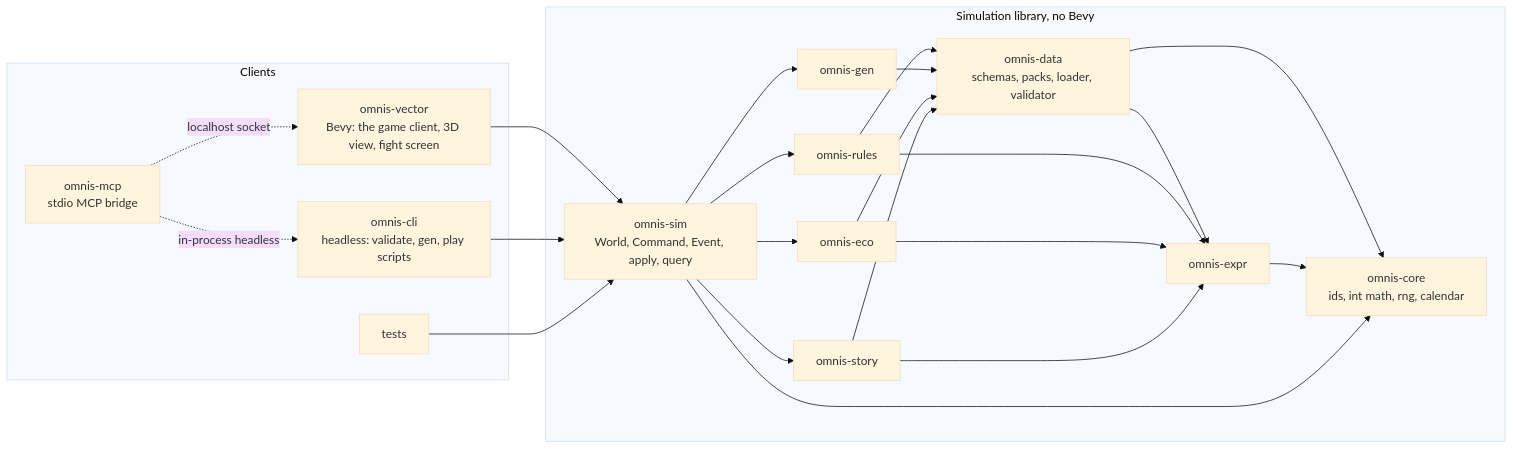
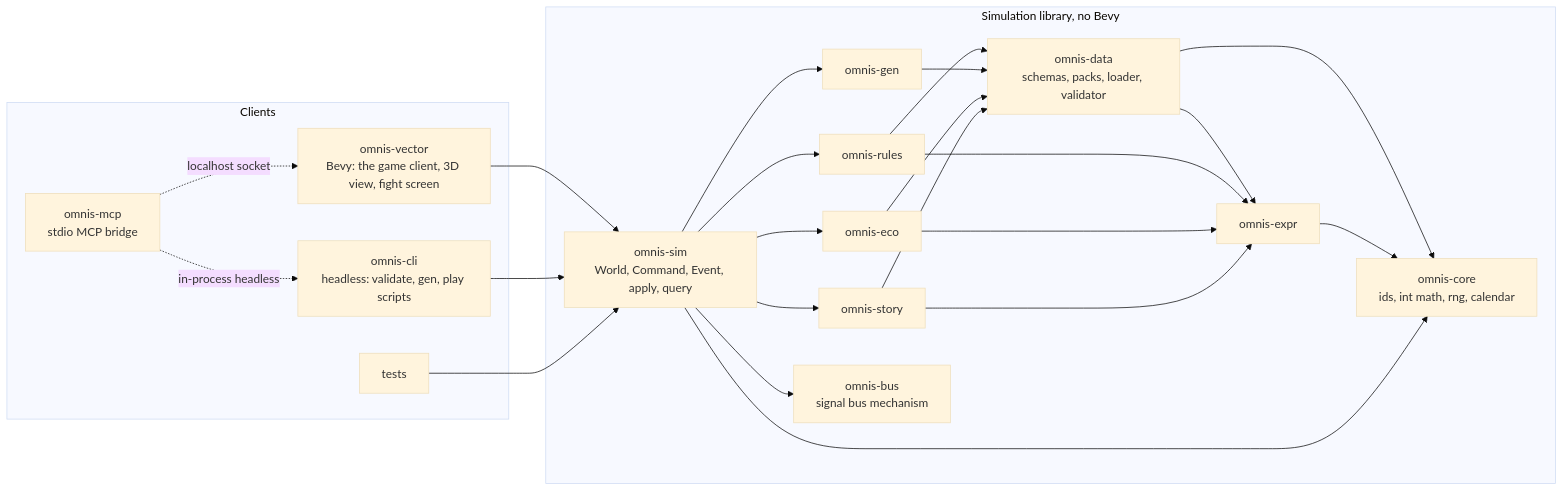
One commit to gatewaynode/omnis changed the first of 2 diagrams in ARCHITECTURE.md. Above: the diagram before and after it, drawn with Mermaid (base theme). The commit also changed other lines of this file and 2 other files, not shown here.

First line of the commit message:
ARCHITECTURE.md brought to the code as built; the sim lint fails closed on a Bevy edge

````diff
--- a/ARCHITECTURE.md
+++ b/ARCHITECTURE.md
@@ -28,29 +28,31 @@
 ```mermaid
 flowchart LR
   subgraph clients [Clients]
     VEC[omnis-vector<br/>Bevy: the game client, 3D view, fight screen]
     CLI[omnis-cli<br/>headless: validate, gen, play scripts]
     MCP[omnis-mcp<br/>stdio MCP bridge]
     TEST[tests]
   end
   subgraph sim [Simulation library, no Bevy]
     SIM[omnis-sim<br/>World, Command, Event, apply, query]
     RULES[omnis-rules]
     GEN[omnis-gen]
     ECO[omnis-eco]
     STORY[omnis-story]
     DATA[omnis-data<br/>schemas, packs, loader, validator]
     EXPR[omnis-expr]
+    BUS[omnis-bus<br/>signal bus mechanism]
     CORE[omnis-core<br/>ids, int math, rng, calendar]
   end
   VEC --> SIM
   CLI --> SIM
   TEST --> SIM
   MCP -. localhost socket .-> VEC
   MCP -. in-process headless .-> CLI
+  SIM --> BUS
   SIM --> RULES & GEN & ECO & STORY
   RULES & GEN & ECO & STORY --> DATA
   DATA --> EXPR
   RULES & ECO & STORY --> EXPR
   DATA & EXPR & SIM --> CORE
 ```
````
